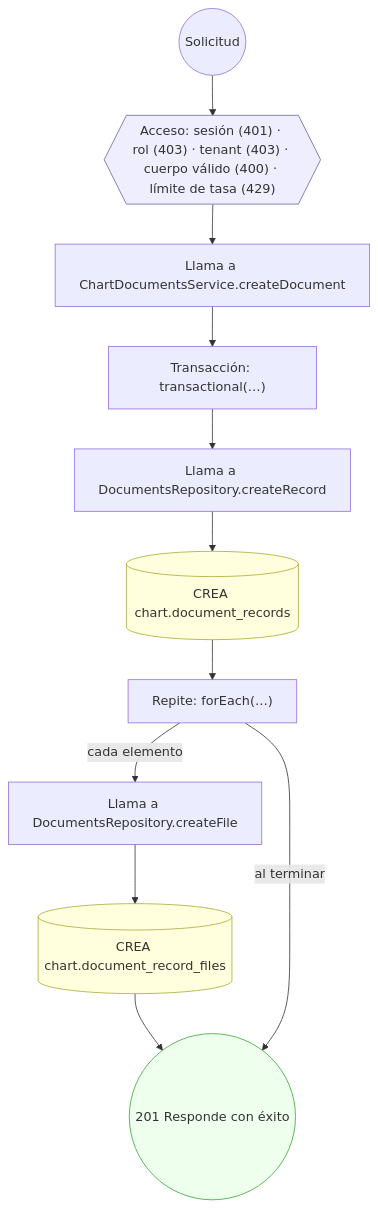
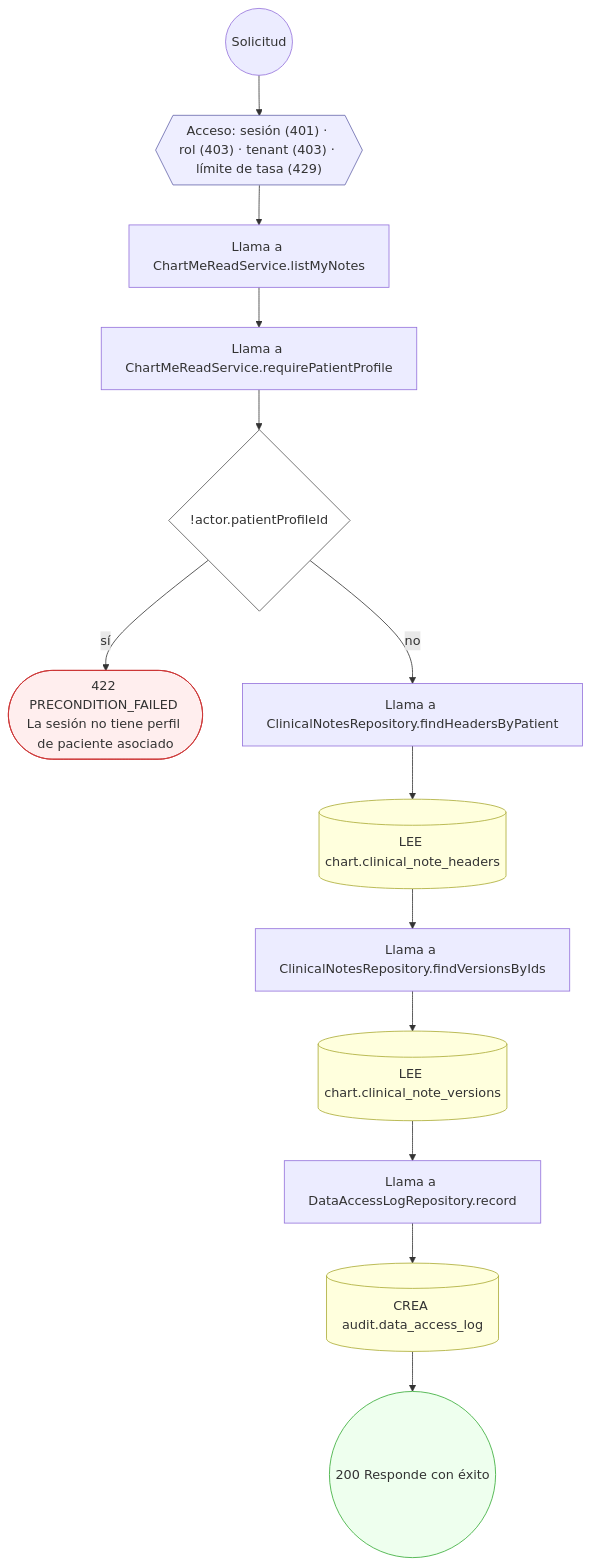
The tenth of 23 diagrams in docs/inventario/flujos/chart.md (mdavila-2001/mantra-core-health-api), drawn with Mermaid before and after one commit. The commit also changed other lines of this file and 451 other files, not shown here.

First line of the commit message:
chore(data_catalog): contrato OpenAPI, inventario y pruebas al día con el diseño del #660

````diff
--- a/docs/inventario/flujos/chart.md
+++ b/docs/inventario/flujos/chart.md
@@ -307,29 +1140,34 @@
 ```mermaid
 flowchart TD
   n1(("Solicitud")):::inicio
-  n2{{"Acceso: sesión (401) · rol (403) · tenant (403) · cuerpo válido (400) · límite de tasa (429)"}}:::acceso
+  n2{{"Acceso: sesión (401) · rol (403) · tenant (403) · límite de tasa (429)"}}:::acceso
   n1 --> n2
-  n3["Llama a ChartDocumentsService.createDocument"]:::llamada
+  n3["Llama a ChartMeReadService.listMyNotes"]:::llamada
   n2 --> n3
-  n4["Transacción: transactional(…)"]:::transaccion
+  n4["Llama a ChartMeReadService.requirePatientProfile"]:::llamada
   n3 --> n4
-  n5["Llama a DocumentsRepository.createRecord"]:::llamada
+  n5{"!actor.patientProfileId"}:::decision
   n4 --> n5
-  n6[("CREA chart.document_records")]:::efecto
-  n5 --> n6
-  n7["Repite: forEach(…)"]:::bucle
-  n6 --> n7
-  n8["Llama a DocumentsRepository.createFile"]:::llamada
-  n7 -->|"cada elemento"| n8
-  n9[("CREA chart.document_record_files")]:::efecto
+  n6(["422 PRECONDITION_FAILED La sesión no tiene perfil de paciente asociado"]):::error
+  n5 -->|"sí"| n6
+  n7["Llama a ClinicalNotesRepository.findHeadersByPatient"]:::llamada
+  n5 -->|"no"| n7
+  n8[("LEE chart.clinical_note_headers")]:::efecto
+  n7 --> n8
+  n9["Llama a ClinicalNotesRepository.findVersionsByIds"]:::llamada
   n8 --> n9
-  n10(("201 Responde con éxito")):::ok
+  n10[("LEE chart.clinical_note_versions")]:::efecto
   n9 --> n10
-  n7 -->|"al terminar"| n10
+  n11["Llama a DataAccessLogRepository.record"]:::llamada
+  n10 --> n11
+  n12[("CREA audit.data_access_log")]:::efecto
+  n11 --> n12
+  n13(("200 Responde con éxito")):::ok
+  n12 --> n13
   classDef acceso fill:#eef,stroke:#66a
   classDef error fill:#fee,stroke:#c33
   classDef ok fill:#efe,stroke:#3a3
   classDef efecto fill:#ffd,stroke:#aa3
   classDef decision fill:#fff,stroke:#555
   classDef corte fill:#eee,stroke:#999,stroke-dasharray: 4
 ```
````
